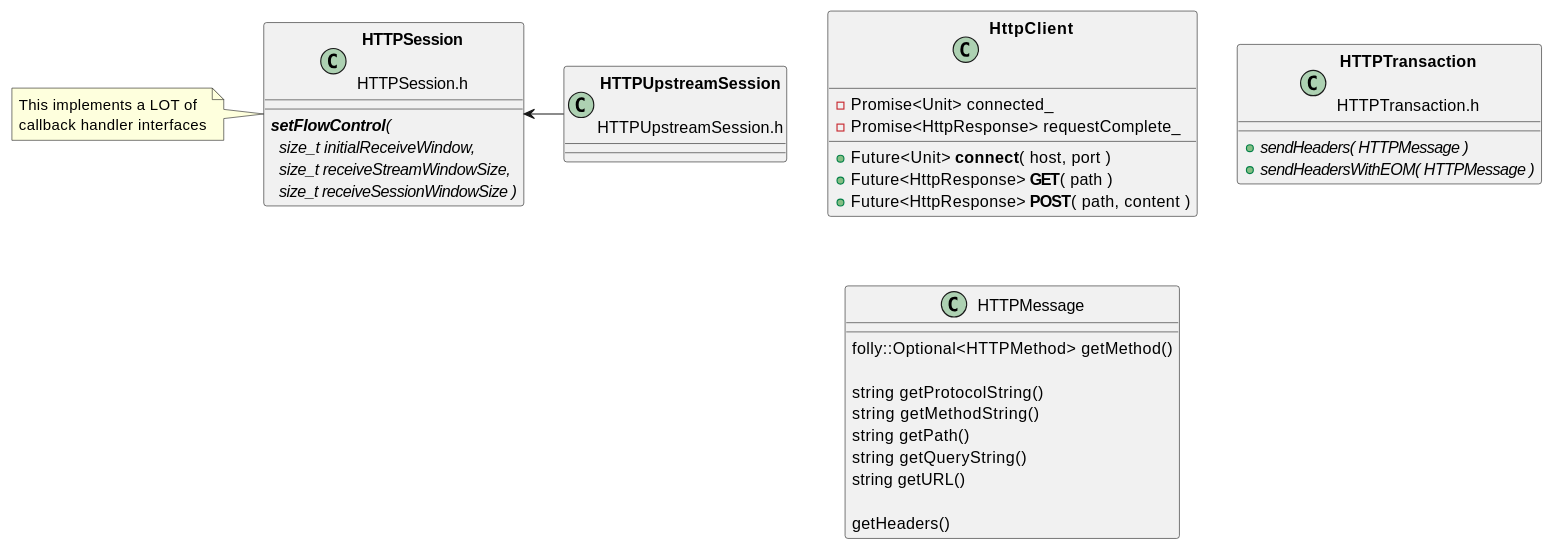
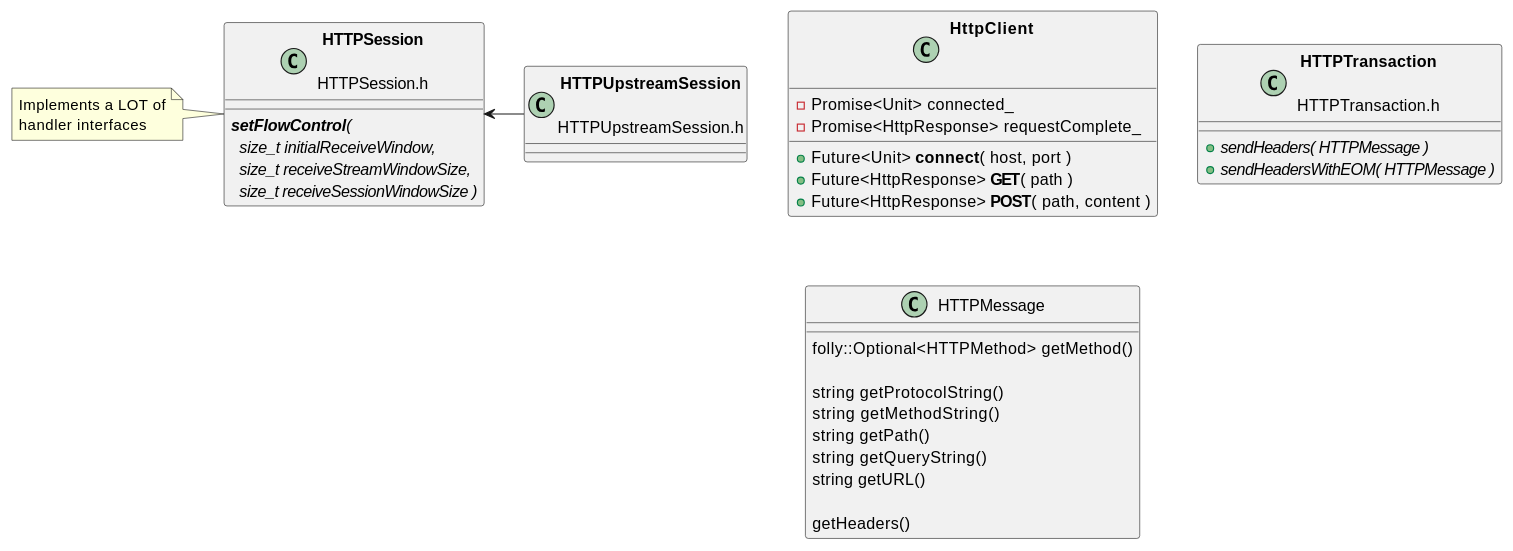
The fourth of 4 diagrams in doc/http-client.adoc (patrickhallinan/hello-proxygen), drawn with PlantUML before and after one commit. The commit also changed other lines of this file and 2 other files, not shown here.

```diff
--- a/doc/http-client.adoc
+++ b/doc/http-client.adoc
@@ -177,49 +182,49 @@
 [plantuml, "classes.puml", svg]
 ----
 class "**HttpClient**\n\n" as HttpClient
 
 class "**HTTPSession**\n\nHTTPSession.h" as HTTPSession
 note left
-    This implements a LOT of
-    callback handler interfaces
+    Implements a LOT of
+    handler interfaces
 end note
 
 class "**HTTPUpstreamSession**\n\nHTTPUpstreamSession.h" as HTTPUpstreamSession
 class "**HTTPTransaction**\n\nHTTPTransaction.h" as HTTPTransaction
 
 
 HTTPSession <- HTTPUpstreamSession
 
 class HttpClient {
     - Promise<Unit> connected_
     - Promise<HttpResponse> requestComplete_
     
     + Future<Unit> **connect**( host, port )
     + Future<HttpResponse> **GET**( path )
     + Future<HttpResponse> **POST**( path, content )
 }
 
 class HTTPSession {
     {abstract} **setFlowControl**(\n  size_t initialReceiveWindow,\n  size_t receiveStreamWindowSize,\n  size_t receiveSessionWindowSize )
 }
 
 
 class HTTPTransaction {
     +{abstract} sendHeaders( HTTPMessage )
     +{abstract} sendHeadersWithEOM( HTTPMessage )
 }
 
 
 class HTTPMessage {
     folly::Optional<HTTPMethod> getMethod()
     
     string getProtocolString()
     string getMethodString()
     string getPath()
     string getQueryString()
     string getURL()
 
     getHeaders()
 }
 
 ----
```
